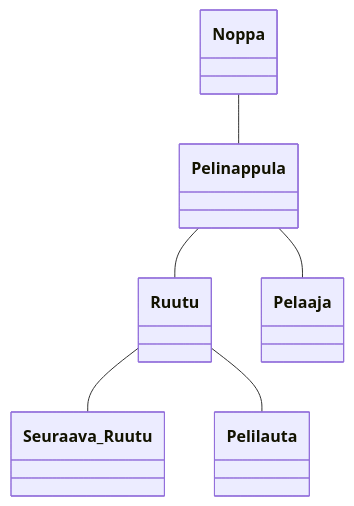
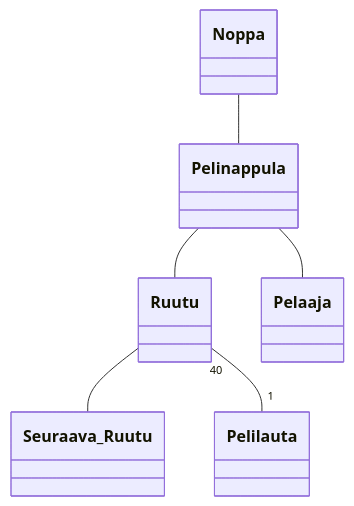
One commit to sohvip/ot-harjoitustyo changed the diagram in laskarit/viikko3/monopoli_luokkakaavio.md. Above: the diagram before and after it, drawn with Mermaid.

````diff
--- a/laskarit/viikko3/monopoli_luokkakaavio.md
+++ b/laskarit/viikko3/monopoli_luokkakaavio.md
@@ -1,9 +1,9 @@
 ```mermaid
   classDiagram
       Noppa -- Pelinappula
       Pelinappula -- Ruutu
       Pelinappula -- Pelaaja
       Ruutu -- Seuraava_Ruutu
-      Ruutu -- Pelilauta
+      Ruutu "40" -- "1" Pelilauta
       
 ```
````
